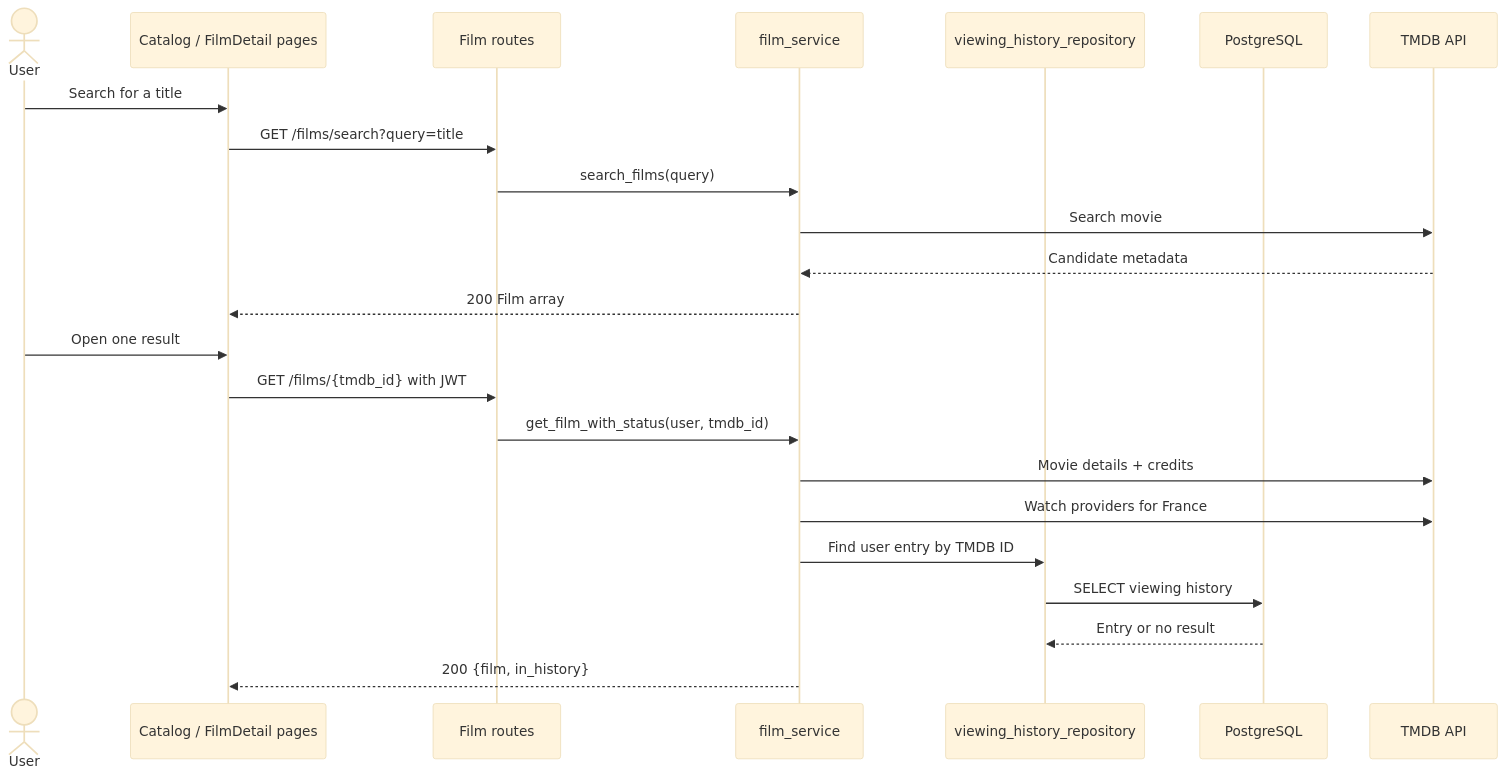
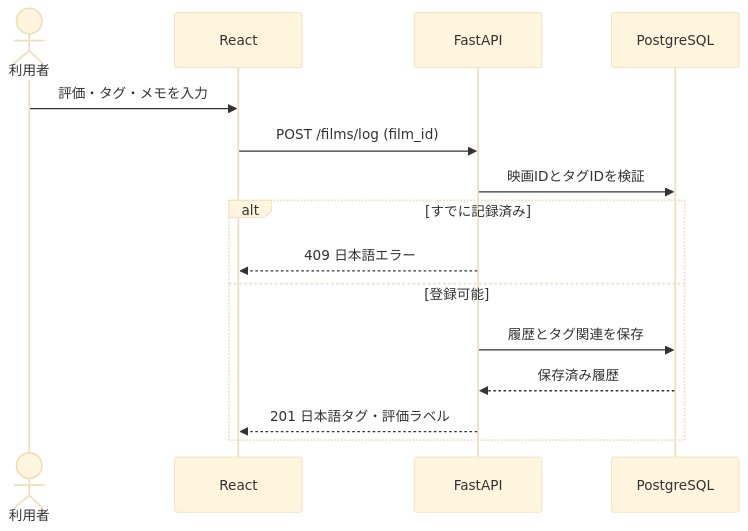
Before and after one commit to zahin-dev/Film-like: the second of 4 diagrams in docs/diagrams/SequenceDiagrams.md, drawn with Mermaid (base theme). The commit also changed other lines of this file and 89 other files, not shown here.

First line of the commit message:
Add Japanese offline film catalog (#5)

````diff
--- a/docs/diagrams/SequenceDiagrams.md
+++ b/docs/diagrams/SequenceDiagrams.md
@@ -45,27 +31,18 @@
 ```mermaid
 sequenceDiagram
-    actor User
-    participant UI as Catalog / FilmDetail pages
-    participant Route as Film routes
-    participant Service as film_service
-    participant Repo as viewing_history_repository
+    actor User as 利用者
+    participant UI as React
+    participant API as FastAPI
     participant DB as PostgreSQL
-    participant TMDB as TMDB API
 
-    User->>UI: Search for a title
-    UI->>Route: GET /films/search?query=title
-    Route->>Service: search_films(query)
-    Service->>TMDB: Search movie
-    TMDB-->>Service: Candidate metadata
-    Service-->>UI: 200 Film array
-
-    User->>UI: Open one result
-    UI->>Route: GET /films/{tmdb_id} with JWT
-    Route->>Service: get_film_with_status(user, tmdb_id)
-    Service->>TMDB: Movie details + credits
-    Service->>TMDB: Watch providers for France
-    Service->>Repo: Find user entry by TMDB ID
-    Repo->>DB: SELECT viewing history
-    DB-->>Repo: Entry or no result
-    Service-->>UI: 200 {film, in_history}
+    User->>UI: 評価・タグ・メモを入力
+    UI->>API: POST /films/log (film_id)
+    API->>DB: 映画IDとタグIDを検証
+    alt すでに記録済み
+        API-->>UI: 409 日本語エラー
+    else 登録可能
+        API->>DB: 履歴とタグ関連を保存
+        DB-->>API: 保存済み履歴
+        API-->>UI: 201 日本語タグ・評価ラベル
+    end
 ```
````
